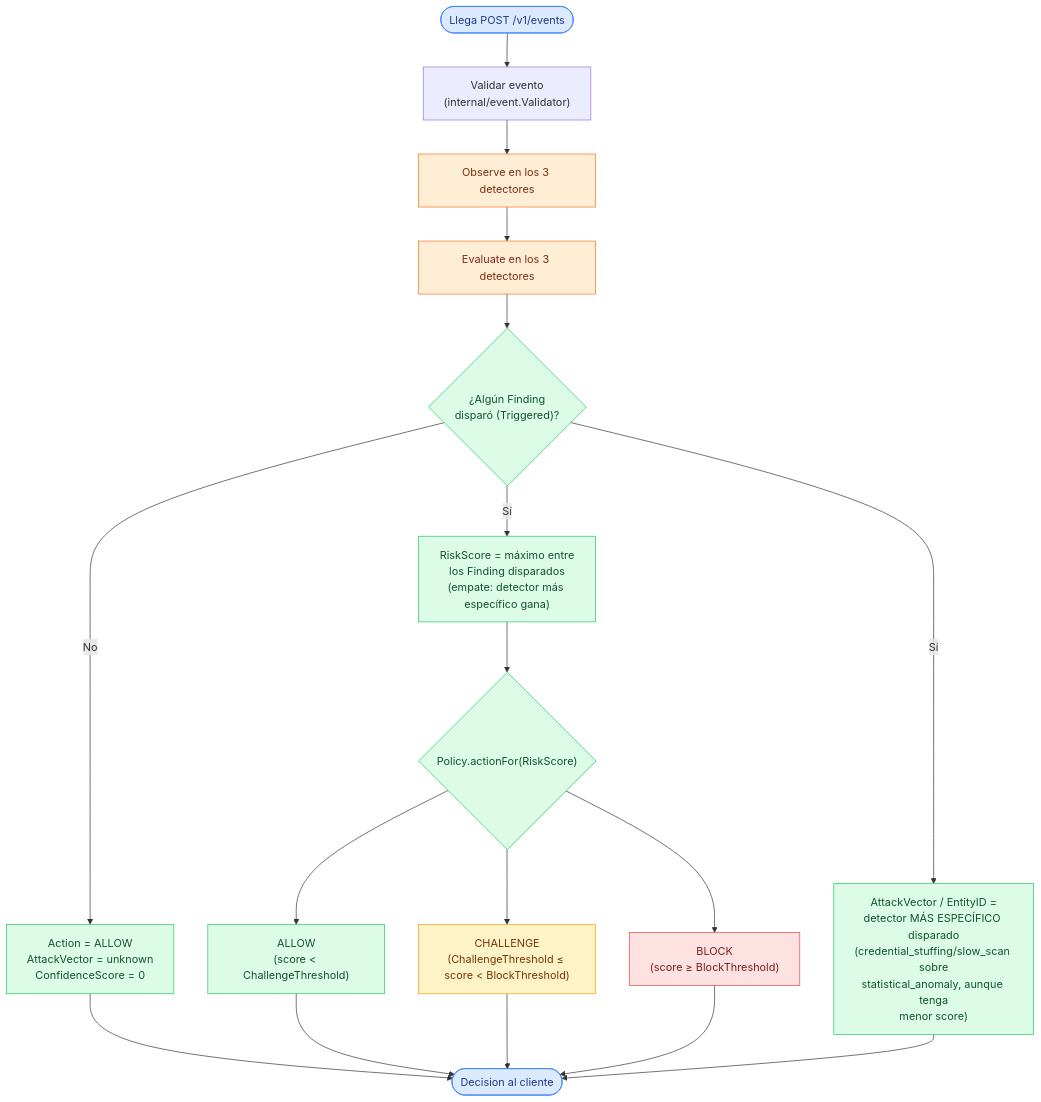
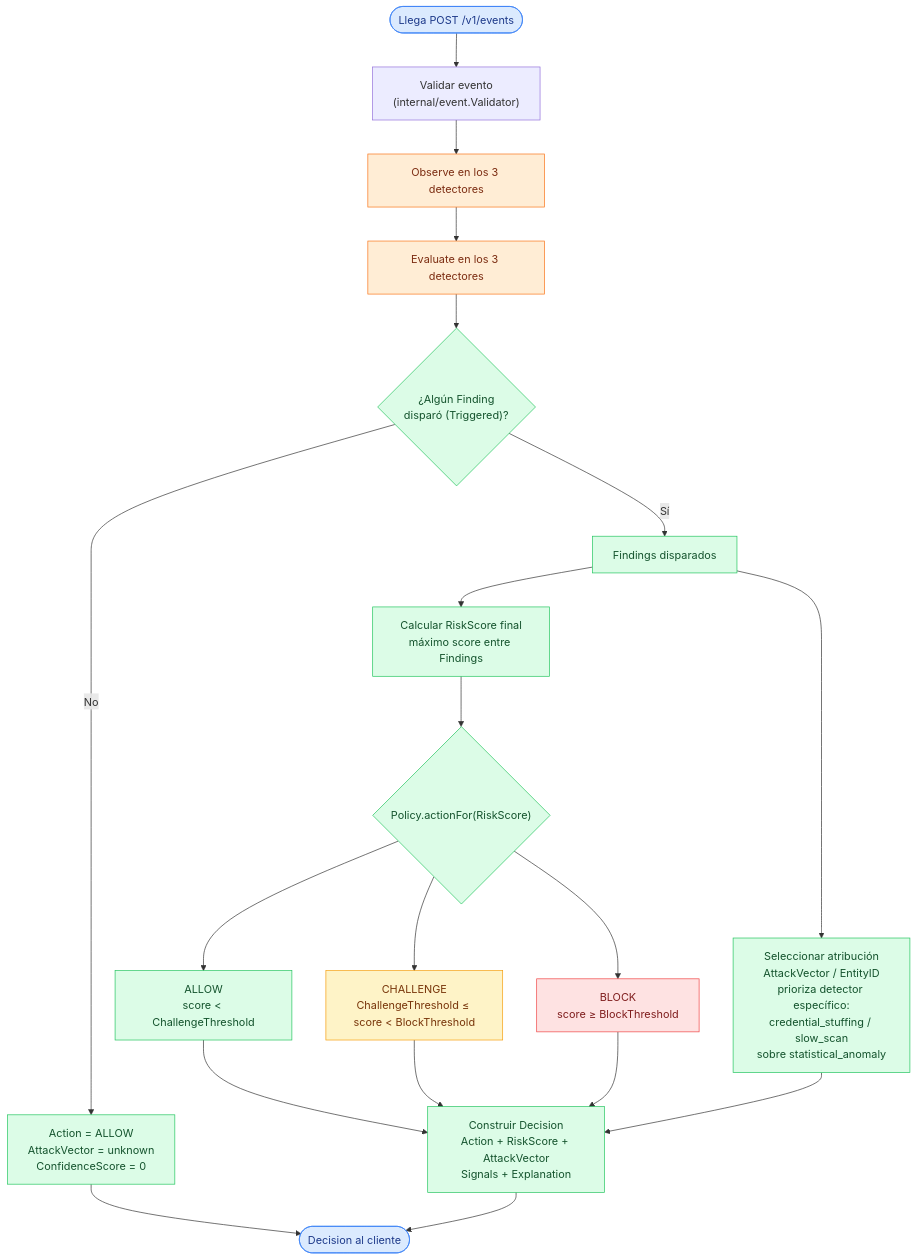
One commit to snelly1903/MeLi-waf-behavior-engine changed the second of 5 diagrams in README.md. Above: the diagram before and after it, drawn with Mermaid. The commit also changed 30 other files, not shown here.

````diff
--- a/README.md
+++ b/README.md
@@ -129,42 +129,60 @@
 ```mermaid
 flowchart TD
     Start(["Llega POST /v1/events"])
     Validate["Validar evento<br/>(internal/event.Validator)"]
     Observe["Observe en los 3 detectores"]
     Evaluate["Evaluate en los 3 detectores"]
     AnyTriggered{"¿Algún Finding<br/>disparó (Triggered)?"}
 
     NoTrigger["Action = ALLOW<br/>AttackVector = unknown<br/>ConfidenceScore = 0"]
 
-    ScoreSelect["RiskScore = máximo entre<br/>los Finding disparados<br/>(empate: detector más específico gana)"]
-    AttrSelect["AttackVector / EntityID =<br/>detector MÁS ESPECÍFICO disparado<br/>(credential_stuffing/slow_scan sobre<br/>statistical_anomaly, aunque tenga<br/>menor score)"]
+    Findings["Findings disparados"]
+
+    ScoreSelect["Calcular RiskScore final<br/>máximo score entre Findings"]
+
+    AttrSelect["Seleccionar atribución<br/>AttackVector / EntityID<br/>prioriza detector específico:<br/>credential_stuffing / slow_scan<br/>sobre statistical_anomaly"]
 
     PolicyCheck{"Policy.actionFor(RiskScore)"}
-    Allow["ALLOW<br/>(score < ChallengeThreshold)"]
-    Challenge["CHALLENGE<br/>(ChallengeThreshold ≤ score < BlockThreshold)"]
-    Block["BLOCK<br/>(score ≥ BlockThreshold)"]
+
+    Allow["ALLOW<br/>score < ChallengeThreshold"]
+    Challenge["CHALLENGE<br/>ChallengeThreshold ≤ score < BlockThreshold"]
+    Block["BLOCK<br/>score ≥ BlockThreshold"]
+
+    BuildDecision["Construir Decision<br/>Action + RiskScore + AttackVector<br/>Signals + Explanation"]
 
     Response(["Decision al cliente"])
 
     Start --> Validate --> Observe --> Evaluate --> AnyTriggered
+
     AnyTriggered -->|No| NoTrigger --> Response
-    AnyTriggered -->|Sí| ScoreSelect
-    AnyTriggered -->|Sí| AttrSelect
+
+    AnyTriggered -->|Sí| Findings
+
+    Findings --> ScoreSelect
+    Findings --> AttrSelect
+
     ScoreSelect --> PolicyCheck
-    PolicyCheck --> Allow --> Response
-    PolicyCheck --> Challenge --> Response
-    PolicyCheck --> Block --> Response
-    AttrSelect --> Response
+
+    PolicyCheck --> Allow
+    PolicyCheck --> Challenge
+    PolicyCheck --> Block
+
+    Allow --> BuildDecision
+    Challenge --> BuildDecision
+    Block --> BuildDecision
+    AttrSelect --> BuildDecision
+
+    BuildDecision --> Response
 
     classDef entrada fill:#dbeafe,stroke:#3b82f6,color:#1e3a8a
     classDef detector fill:#ffedd5,stroke:#f97316,color:#7c2d12
     classDef decision fill:#dcfce7,stroke:#22c55e,color:#14532d
     classDef challenge fill:#fef3c7,stroke:#f59e0b,color:#78350a
     classDef block fill:#fee2e2,stroke:#ef4444,color:#7f1d1d
 
     class Start,Response entrada
     class Observe,Evaluate detector
-    class AnyTriggered,NoTrigger,ScoreSelect,AttrSelect,PolicyCheck,Allow decision
+    class AnyTriggered,NoTrigger,Findings,ScoreSelect,AttrSelect,PolicyCheck,Allow,BuildDecision decision
     class Challenge challenge
     class Block block
 ```
````
